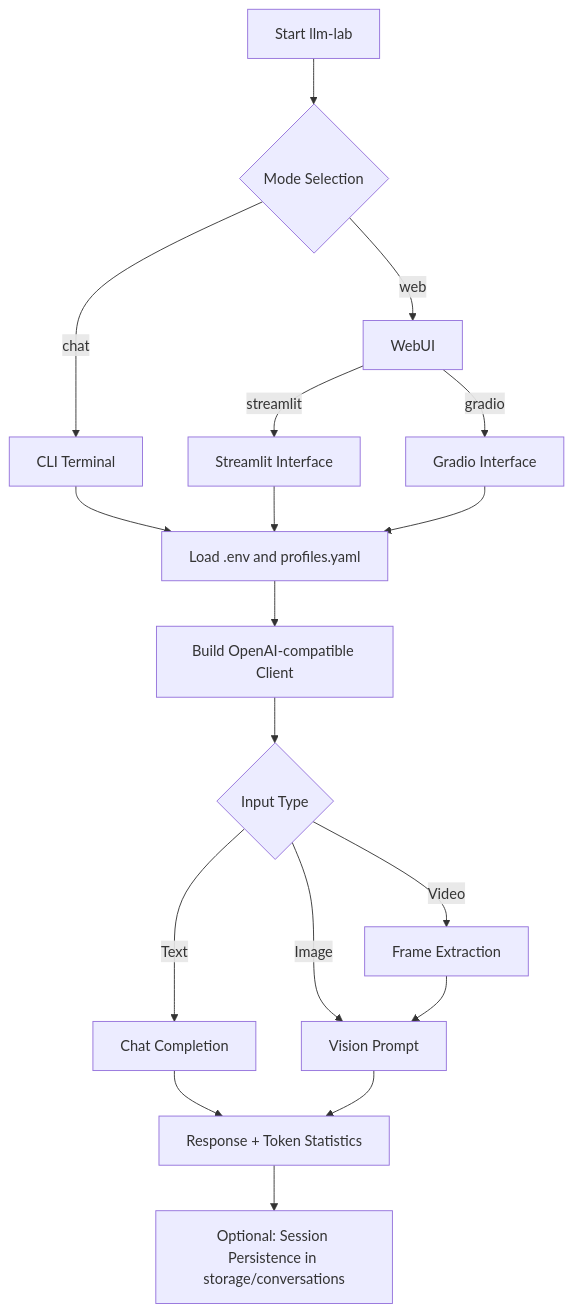
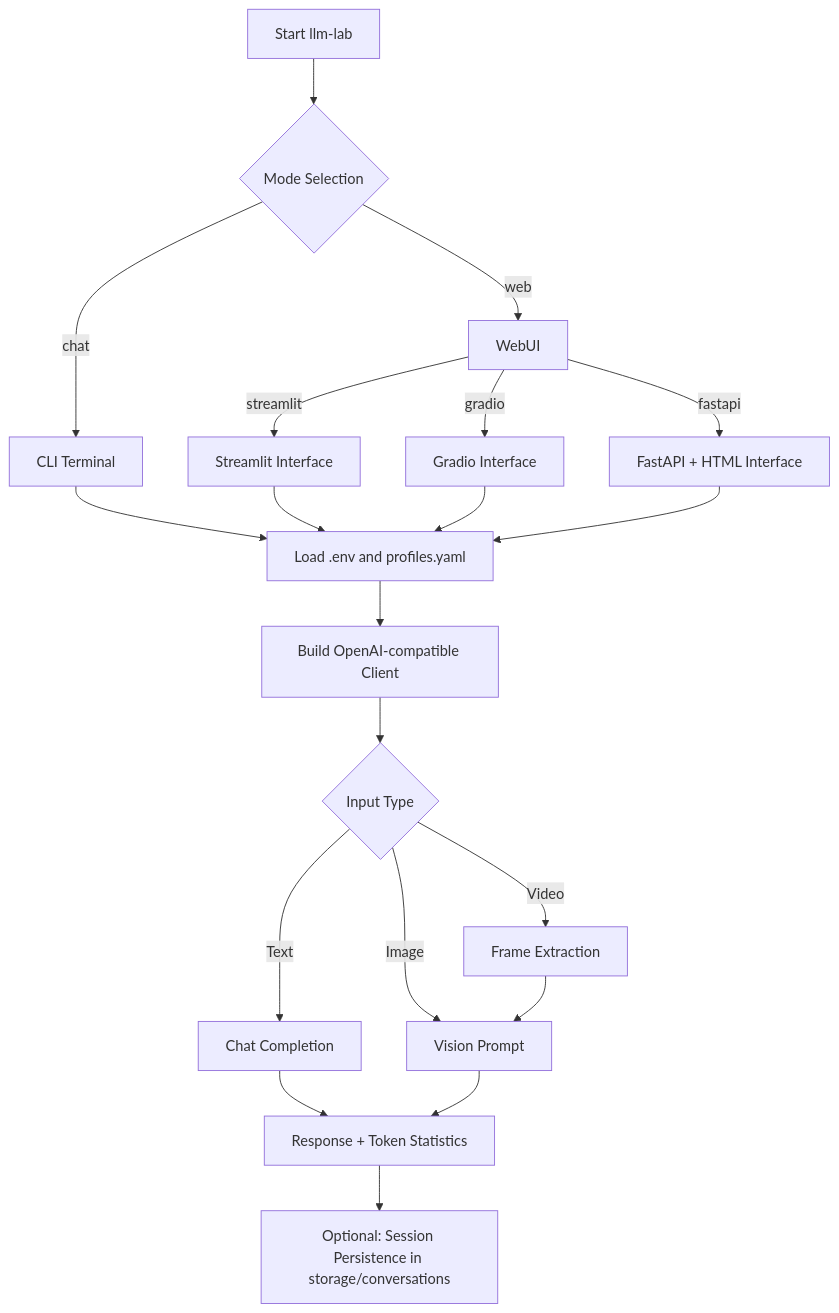
Before and after one commit to BrenchCC/LLM_Lab: the diagram in README_EN.md, drawn with Mermaid. The commit also changed other lines of this file and 14 other files, not shown here.

First line of the commit message:
feat(web): add FastAPI HTML UI with SSE chat streaming

````diff
--- a/README_EN.md
+++ b/README_EN.md
@@ -41,20 +42,22 @@
 ```mermaid
 flowchart TD
     A[Start llm-lab] --> B{Mode Selection}
     B -->|chat| C[CLI Terminal]
     B -->|web| D[WebUI]
     D -->|streamlit| E[Streamlit Interface]
     D -->|gradio| F[Gradio Interface]
+    D -->|fastapi| O[FastAPI + HTML Interface]
     C --> G[Load .env and profiles.yaml]
     E --> G
     F --> G
+    O --> G
     G --> H[Build OpenAI-compatible Client]
     H --> I{Input Type}
     I -->|Text| J[Chat Completion]
     I -->|Image| K[Vision Prompt]
     I -->|Video| L[Frame Extraction]
     L --> K
     J --> M[Response + Token Statistics]
     K --> M
     M --> N[Optional: Session Persistence in storage/conversations]
 ```
````
